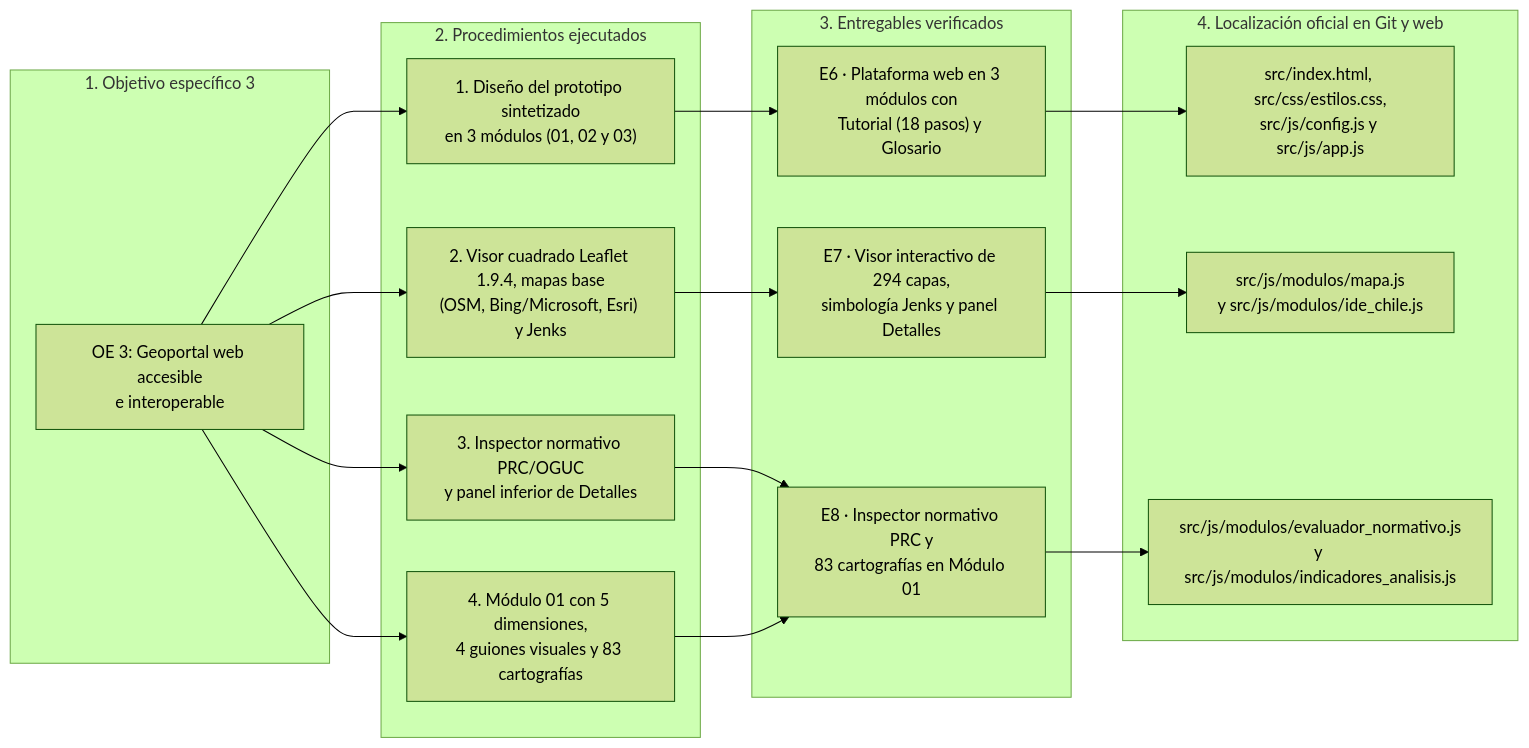
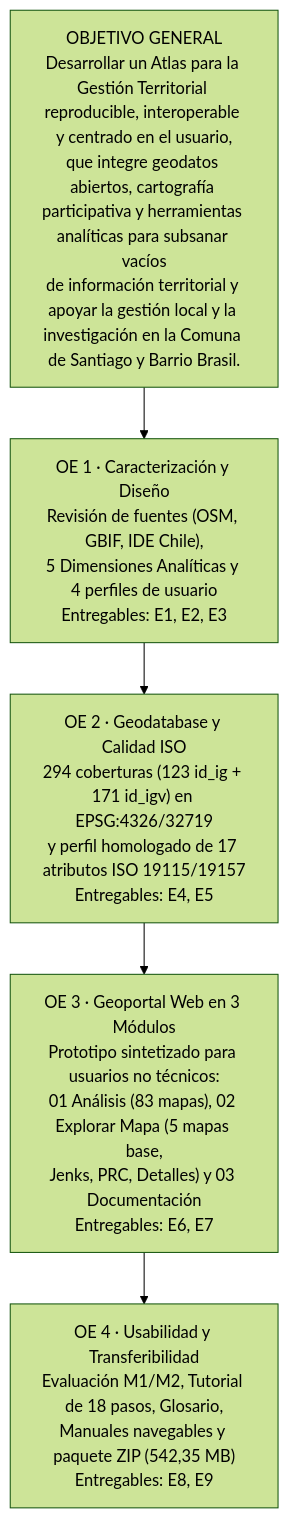
Before and after one commit to GEOJOTA/atlas-vgi-barrio-brasil: the third of 15 diagrams in src/docs/MANUAL_ACTUALIZACION_ATLAS.md, drawn with Mermaid (forest theme). The commit also changed other lines of this file and 8 other files, not shown here.

Commit message:
docs(prototipo-02): robustecer y expandir manual de actualizacion, diagramas y documentacion navegable (v65)

````diff
--- a/src/docs/MANUAL_ACTUALIZACION_ATLAS.md
+++ b/src/docs/MANUAL_ACTUALIZACION_ATLAS.md
@@ -256,29 +177,11 @@
 ```mermaid
-flowchart LR
-    subgraph OBJ3["1. Objetivo específico 3"]
-        O3["OE 3: Geoportal web accesible\ne interoperable"]
-    end
+flowchart TD
+    OG["OBJETIVO GENERAL\nDesarrollar un Atlas para la Gestión Territorial reproducible, interoperable y centrado en el usuario,\nque integre geodatos abiertos, cartografía participativa y herramientas analíticas para subsanar vacíos\nde información territorial y apoyar la gestión local y la investigación en la Comuna de Santiago y Barrio Brasil."]
 
-    subgraph PROC3["2. Procedimientos ejecutados"]
-        P3_1["1. Diseño del prototipo sintetizado\nen 3 módulos (01, 02 y 03)"]
-        P3_2["2. Visor cuadrado Leaflet 1.9.4, mapas base\n(OSM, Bing/Microsoft, Esri) y Jenks"]
-        P3_3["3. Inspector normativo PRC/OGUC\ny panel inferior de Detalles"]
-        P3_4["4. Módulo 01 con 5 dimensiones,\n4 guiones visuales y 83 cartografías"]
-    end
+    OE1["OE 1 · Caracterización y Diseño\nRevisión de fuentes (OSM, GBIF, IDE Chile),\n5 Dimensiones Analíticas y 4 perfiles de usuario\nEntregables: E1, E2, E3"]
+    OE2["OE 2 · Geodatabase y Calidad ISO\n294 coberturas (123 id_ig + 171 id_igv) en EPSG:4326/32719\ny perfil homologado de 17 atributos ISO 19115/19157\nEntregables: E4, E5"]
+    OE3["OE 3 · Geoportal Web en 3 Módulos\nPrototipo sintetizado para usuarios no técnicos:\n01 Análisis (83 mapas), 02 Explorar Mapa (5 mapas base,\nJenks, PRC, Detalles) y 03 Documentación\nEntregables: E6, E7"]
+    OE4["OE 4 · Usabilidad y Transferibilidad\nEvaluación M1/M2, Tutorial de 18 pasos, Glosario,\nManuales navegables y paquete ZIP (542,35 MB)\nEntregables: E8, E9"]
 
-    subgraph PROD3["3. Entregables verificados"]
-        PR3_1["E6 · Plataforma web en 3 módulos con\nTutorial (18 pasos) y Glosario"]
-        PR3_2["E7 · Visor interactivo de 294 capas,\nsimbología Jenks y panel Detalles"]
-        PR3_3["E8 · Inspector normativo PRC y\n83 cartografías en Módulo 01"]
-    end
-
-    subgraph LOC3["4. Localización oficial en Git y web"]
-        L3_1["src/index.html, src/css/estilos.css,\nsrc/js/config.js y src/js/app.js"]
-        L3_2["src/js/modulos/mapa.js\ny src/js/modulos/ide_chile.js"]
-        L3_3["src/js/modulos/evaluador_normativo.js\ny src/js/modulos/indicadores_analisis.js"]
-    end
-
-    O3 --> P3_1 --> PR3_1 --> L3_1
-    O3 --> P3_2 --> PR3_2 --> L3_2
-    O3 --> P3_3 & P3_4 --> PR3_3 --> L3_3
+    OG --> OE1 --> OE2 --> OE3 --> OE4
 ```
````
